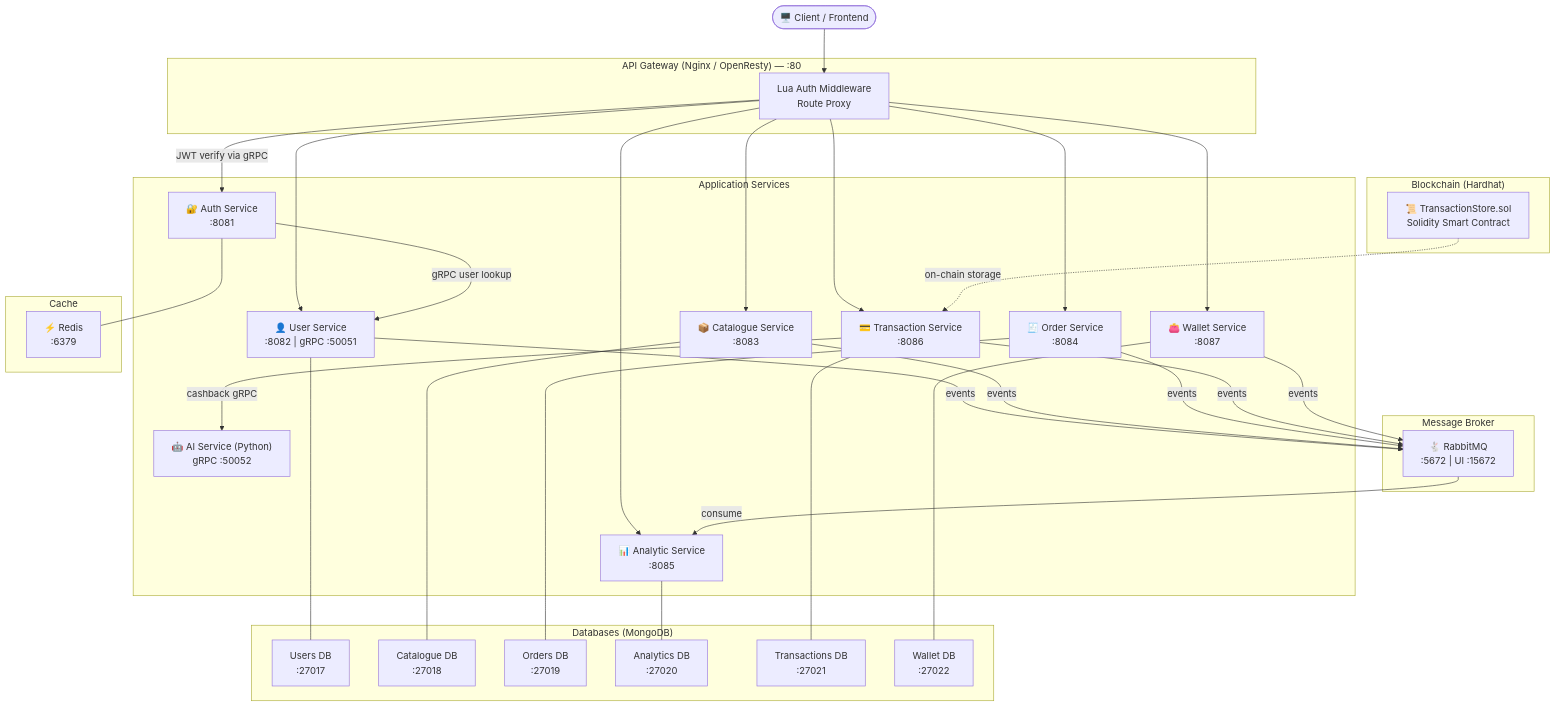
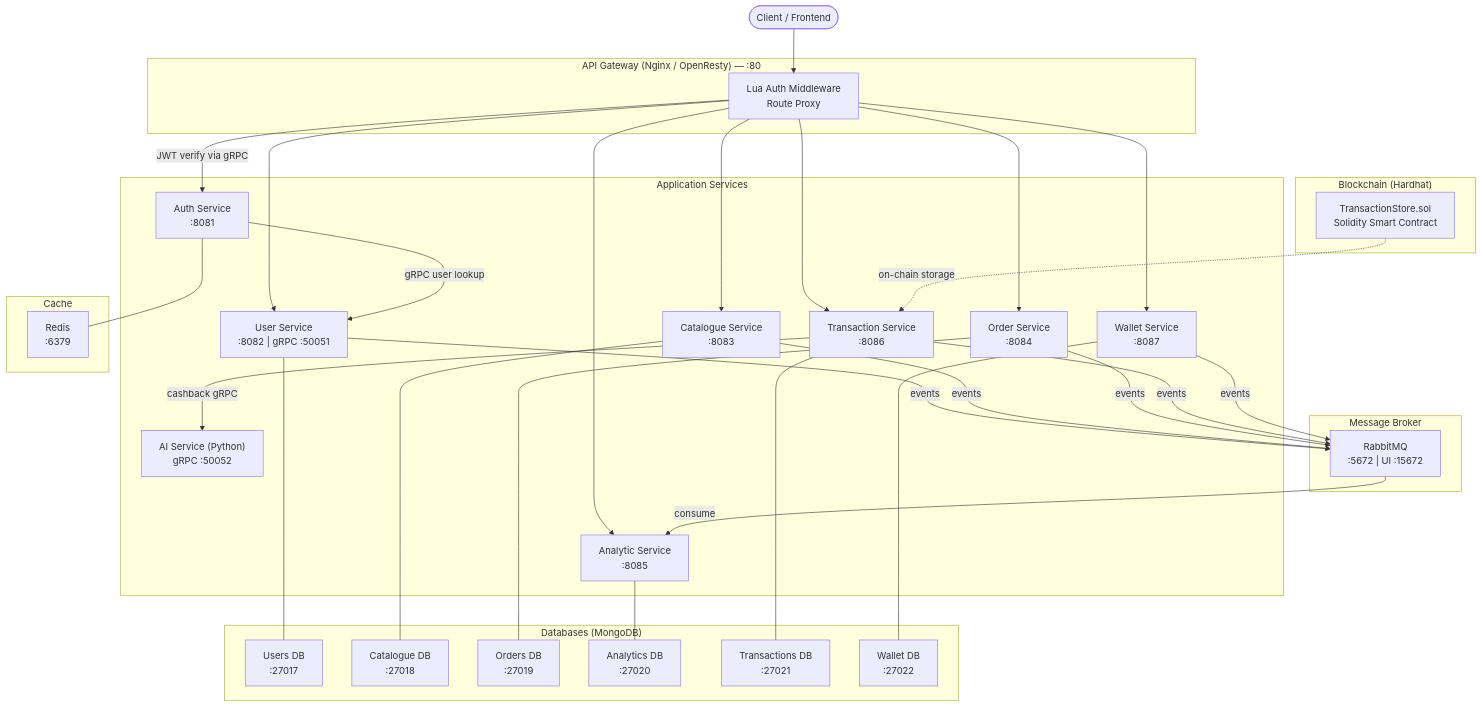
The diagram in README.md (Bounyane/pos-microservices), drawn with Mermaid before and after one commit. The commit also changed other lines of this file, not shown here.

````diff
--- a/README.md
+++ b/README.md
@@ -9,69 +9,69 @@
 ```mermaid
 graph TD
-    Client(["🖥️ Client / Frontend"])
+    Client([" Client / Frontend"])
 
     subgraph Gateway["API Gateway (Nginx / OpenResty) — :80"]
         GW["Lua Auth Middleware\nRoute Proxy"]
     end
 
     subgraph Services["Application Services"]
-        AUTH["🔐 Auth Service\n:8081"]
-        USER["👤 User Service\n:8082 | gRPC :50051"]
-        CAT["📦 Catalogue Service\n:8083"]
-        ORD["🧾 Order Service\n:8084"]
-        ANA["📊 Analytic Service\n:8085"]
-        TXN["💳 Transaction Service\n:8086"]
-        WAL["👛 Wallet Service\n:8087"]
-        AI["🤖 AI Service (Python)\ngRPC :50052"]
+        AUTH[" Auth Service\n:8081"]
+        USER[" User Service\n:8082 | gRPC :50051"]
+        CAT[" Catalogue Service\n:8083"]
+        ORD[" Order Service\n:8084"]
+        ANA[" Analytic Service\n:8085"]
+        TXN[" Transaction Service\n:8086"]
+        WAL[" Wallet Service\n:8087"]
+        AI[" AI Service (Python)\ngRPC :50052"]
     end
 
     subgraph Messaging["Message Broker"]
-        MQ["🐇 RabbitMQ\n:5672 | UI :15672"]
+        MQ[" RabbitMQ\n:5672 | UI :15672"]
     end
 
     subgraph Databases["Databases (MongoDB)"]
         DB1["Users DB\n:27017"]
         DB2["Catalogue DB\n:27018"]
         DB3["Orders DB\n:27019"]
         DB4["Analytics DB\n:27020"]
         DB5["Transactions DB\n:27021"]
         DB6["Wallet DB\n:27022"]
     end
 
     subgraph Cache["Cache"]
-        RDS["⚡ Redis\n:6379"]
+        RDS[" Redis\n:6379"]
     end
 
     subgraph Blockchain["Blockchain (Hardhat)"]
-        SC["📜 TransactionStore.sol\nSolidity Smart Contract"]
+        SC[" TransactionStore.sol\nSolidity Smart Contract"]
     end
 
     Client --> GW
     GW -->|JWT verify via gRPC| AUTH
     GW --> USER
     GW --> CAT
     GW --> ORD
     GW --> ANA
     GW --> TXN
     GW --> WAL
 
     AUTH -->|gRPC user lookup| USER
     AUTH --- RDS
 
     USER --- DB1
     CAT --- DB2
     ORD --- DB3
     ANA --- DB4
     TXN --- DB5
     WAL --- DB6
 
     USER -->|events| MQ
     CAT -->|events| MQ
     ORD -->|events| MQ
     TXN -->|events| MQ
     WAL -->|events| MQ
     MQ -->|consume| ANA
 
     TXN -->|cashback gRPC| AI
     SC -.->|on-chain storage| TXN
 ```
````
